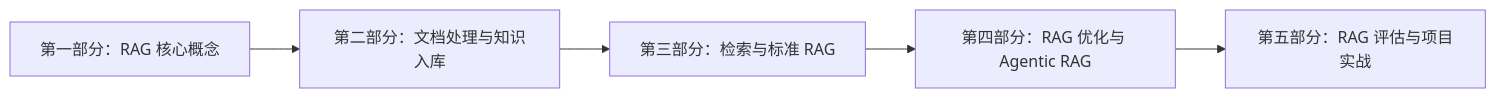
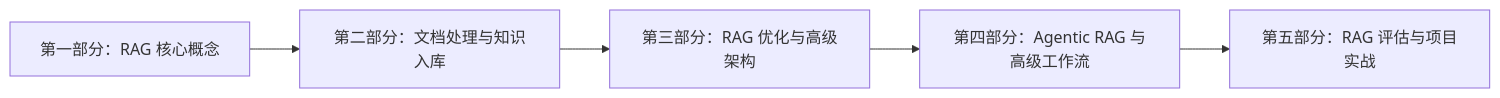
The diagram in notes/RAG开发实战/README.md (asfgas2fsd34t/agent-learning), drawn with Mermaid before and after one commit. The commit also changed other lines of this file and 1 other file, not shown here.

Commit message:
add RAG optimization and advanced architecture notes

````diff
--- a/notes/RAG开发实战/README.md
+++ b/notes/RAG开发实战/README.md
@@ -7,7 +7,7 @@
 ```mermaid
 flowchart LR
     A["第一部分：RAG 核心概念"] --> B["第二部分：文档处理与知识入库"]
-    B --> C["第三部分：检索与标准 RAG"]
-    C --> D["第四部分：RAG 优化与 Agentic RAG"]
+    B --> C["第三部分：RAG 优化与高级架构"]
+    C --> D["第四部分：Agentic RAG 与高级工作流"]
     D --> E["第五部分：RAG 评估与项目实战"]
 ```
````
